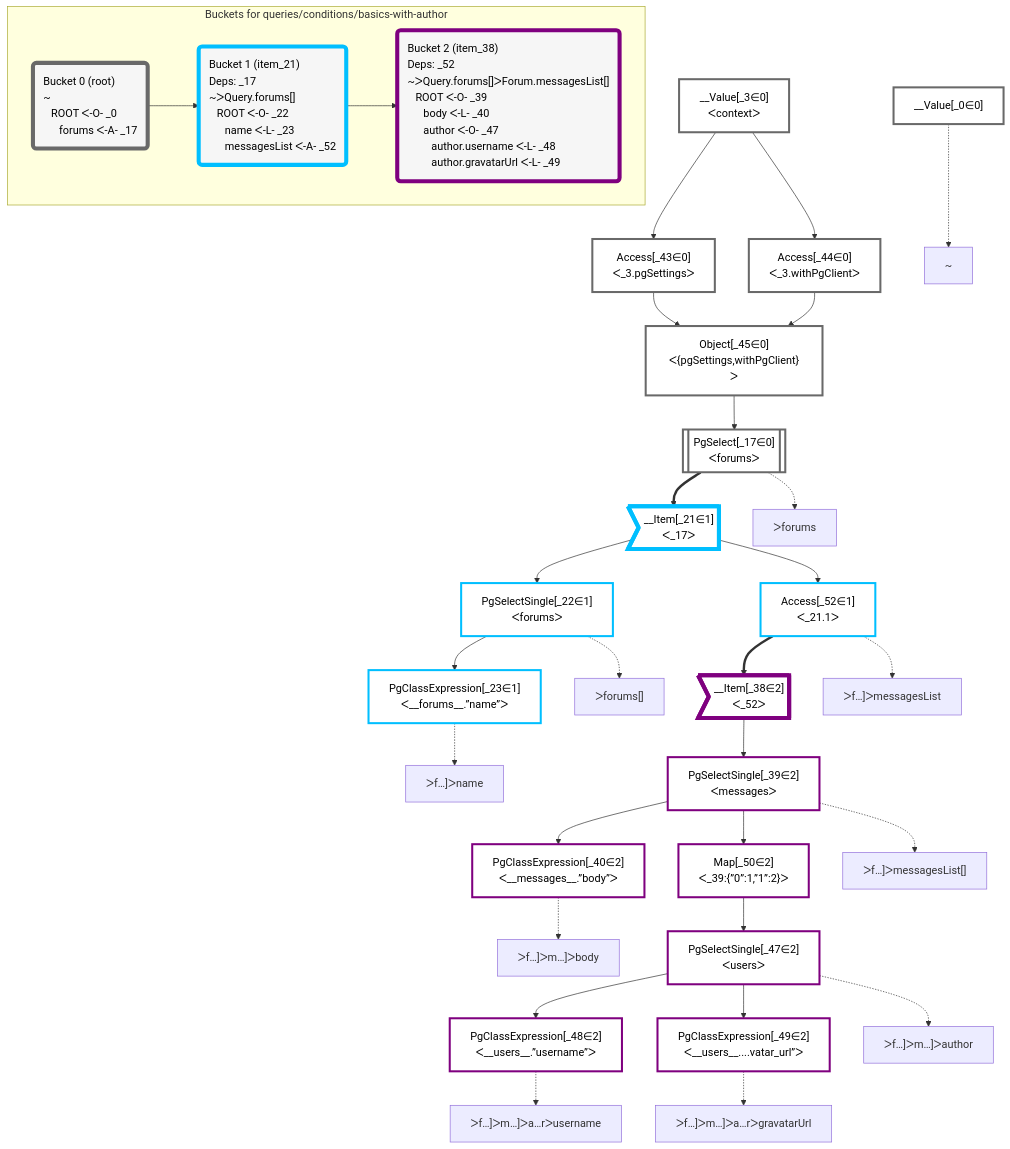
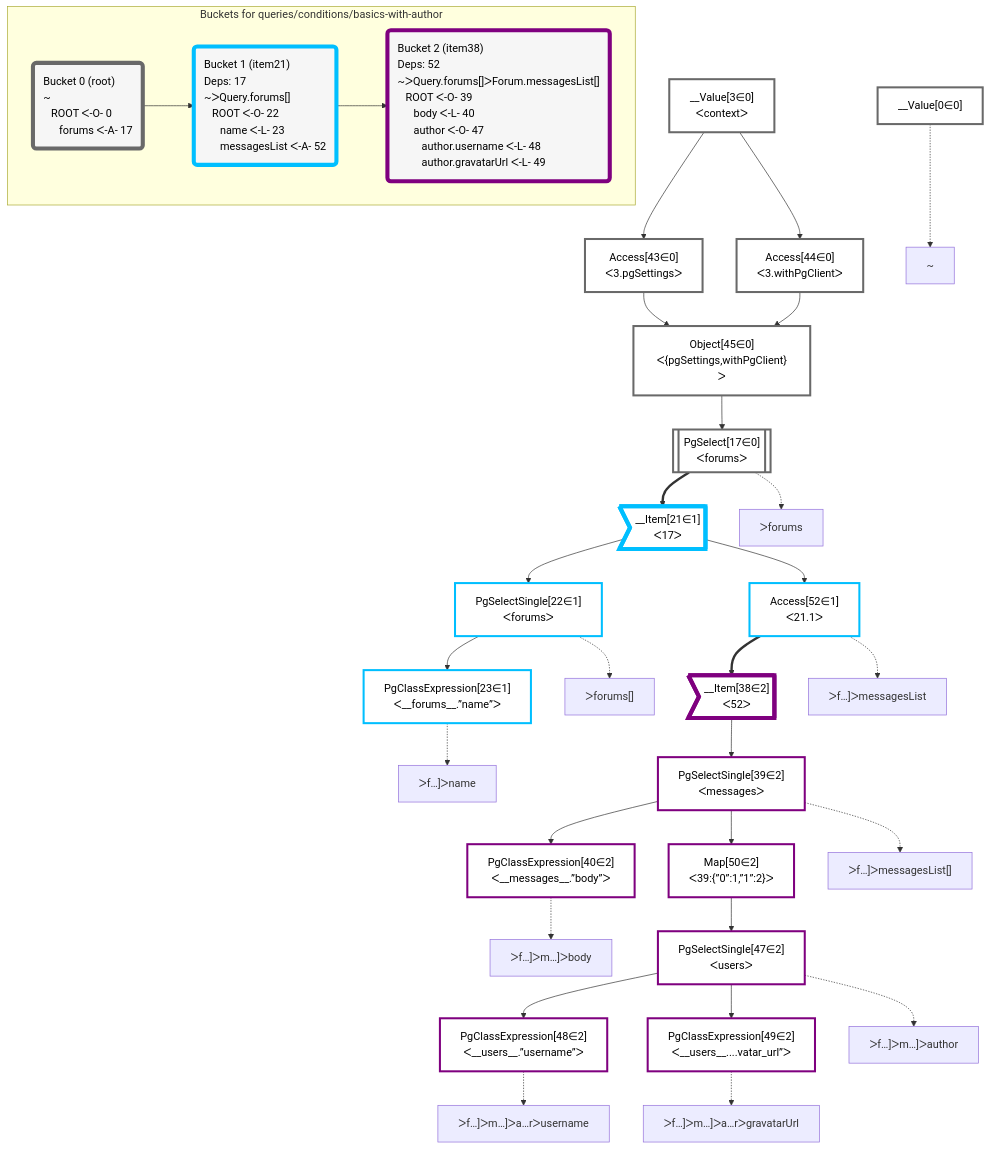
One commit to graphile/crystal changed the diagram in packages/dataplan-pg/__tests__/queries/conditions/basics-with-author.mermaid.md. Above: the diagram before and after it, drawn with Mermaid. The commit also changed 195 other files, not shown here.

````diff
--- a/packages/dataplan-pg/__tests__/queries/conditions/basics-with-author.mermaid.md
+++ b/packages/dataplan-pg/__tests__/queries/conditions/basics-with-author.mermaid.md
@@ -1,81 +1,81 @@
 ```mermaid
 graph TD
     classDef path fill:#eee,stroke:#000,color:#000
     classDef plan fill:#fff,stroke-width:3px,color:#000
     classDef itemplan fill:#fff,stroke-width:6px,color:#000
     classDef sideeffectplan fill:#f00,stroke-width:6px,color:#000
     classDef bucket fill:#f6f6f6,color:#000,stroke-width:6px,text-align:left
 
 
     %% define plans
-    __Value_0["__Value[_0∈0]"]:::plan
-    PgClassExpression_23["PgClassExpression[_23∈1]<br />ᐸ__forums__.”name”ᐳ"]:::plan
-    PgSelectSingle_22["PgSelectSingle[_22∈1]<br />ᐸforumsᐳ"]:::plan
-    PgClassExpression_40["PgClassExpression[_40∈2]<br />ᐸ__messages__.”body”ᐳ"]:::plan
-    PgClassExpression_48["PgClassExpression[_48∈2]<br />ᐸ__users__.”username”ᐳ"]:::plan
-    PgClassExpression_49["PgClassExpression[_49∈2]<br />ᐸ__users__....vatar_url”ᐳ"]:::plan
-    PgSelectSingle_47["PgSelectSingle[_47∈2]<br />ᐸusersᐳ"]:::plan
-    Map_50["Map[_50∈2]<br />ᐸ_39:{”0”:1,”1”:2}ᐳ"]:::plan
-    PgSelectSingle_39["PgSelectSingle[_39∈2]<br />ᐸmessagesᐳ"]:::plan
-    __Item_38>"__Item[_38∈2]<br />ᐸ_52ᐳ"]:::itemplan
-    Access_52["Access[_52∈1]<br />ᐸ_21.1ᐳ"]:::plan
-    __Item_21>"__Item[_21∈1]<br />ᐸ_17ᐳ"]:::itemplan
-    PgSelect_17[["PgSelect[_17∈0]<br />ᐸforumsᐳ"]]:::plan
-    Object_45["Object[_45∈0]<br />ᐸ{pgSettings,withPgClient}ᐳ"]:::plan
-    Access_43["Access[_43∈0]<br />ᐸ_3.pgSettingsᐳ"]:::plan
-    Access_44["Access[_44∈0]<br />ᐸ_3.withPgClientᐳ"]:::plan
-    __Value_3["__Value[_3∈0]<br />ᐸcontextᐳ"]:::plan
+    __Value0["__Value[0∈0]"]:::plan
+    PgClassExpression23["PgClassExpression[23∈1]<br />ᐸ__forums__.”name”ᐳ"]:::plan
+    PgSelectSingle22["PgSelectSingle[22∈1]<br />ᐸforumsᐳ"]:::plan
+    PgClassExpression40["PgClassExpression[40∈2]<br />ᐸ__messages__.”body”ᐳ"]:::plan
+    PgClassExpression48["PgClassExpression[48∈2]<br />ᐸ__users__.”username”ᐳ"]:::plan
+    PgClassExpression49["PgClassExpression[49∈2]<br />ᐸ__users__....vatar_url”ᐳ"]:::plan
+    PgSelectSingle47["PgSelectSingle[47∈2]<br />ᐸusersᐳ"]:::plan
+    Map50["Map[50∈2]<br />ᐸ39:{”0”:1,”1”:2}ᐳ"]:::plan
+    PgSelectSingle39["PgSelectSingle[39∈2]<br />ᐸmessagesᐳ"]:::plan
+    __Item38>"__Item[38∈2]<br />ᐸ52ᐳ"]:::itemplan
+    Access52["Access[52∈1]<br />ᐸ21.1ᐳ"]:::plan
+    __Item21>"__Item[21∈1]<br />ᐸ17ᐳ"]:::itemplan
+    PgSelect17[["PgSelect[17∈0]<br />ᐸforumsᐳ"]]:::plan
+    Object45["Object[45∈0]<br />ᐸ{pgSettings,withPgClient}ᐳ"]:::plan
+    Access43["Access[43∈0]<br />ᐸ3.pgSettingsᐳ"]:::plan
+    Access44["Access[44∈0]<br />ᐸ3.withPgClientᐳ"]:::plan
+    __Value3["__Value[3∈0]<br />ᐸcontextᐳ"]:::plan
 
     %% plan dependencies
-    PgSelectSingle_22 --> PgClassExpression_23
-    __Item_21 --> PgSelectSingle_22
-    PgSelectSingle_39 --> PgClassExpression_40
-    PgSelectSingle_47 --> PgClassExpression_48
-    PgSelectSingle_47 --> PgClassExpression_49
-    Map_50 --> PgSelectSingle_47
-    PgSelectSingle_39 --> Map_50
-    __Item_38 --> PgSelectSingle_39
-    Access_52 ==> __Item_38
-    __Item_21 --> Access_52
-    PgSelect_17 ==> __Item_21
-    Object_45 --> PgSelect_17
-    Access_43 & Access_44 --> Object_45
-    __Value_3 --> Access_43
-    __Value_3 --> Access_44
+    PgSelectSingle22 --> PgClassExpression23
+    __Item21 --> PgSelectSingle22
+    PgSelectSingle39 --> PgClassExpression40
+    PgSelectSingle47 --> PgClassExpression48
+    PgSelectSingle47 --> PgClassExpression49
+    Map50 --> PgSelectSingle47
+    PgSelectSingle39 --> Map50
+    __Item38 --> PgSelectSingle39
+    Access52 ==> __Item38
+    __Item21 --> Access52
+    PgSelect17 ==> __Item21
+    Object45 --> PgSelect17
+    Access43 & Access44 --> Object45
+    __Value3 --> Access43
+    __Value3 --> Access44
 
     %% plan-to-path relationships
-    P_0["~"]
-    __Value_0 -.-> P_0
-    P_17["ᐳforums"]
-    PgSelect_17 -.-> P_17
-    P_22["ᐳforums[]"]
-    PgSelectSingle_22 -.-> P_22
-    P_23["ᐳf…]ᐳname"]
-    PgClassExpression_23 -.-> P_23
-    P_39["ᐳf…]ᐳmessagesList[]"]
-    PgSelectSingle_39 -.-> P_39
-    P_40["ᐳf…]ᐳm…]ᐳbody"]
-    PgClassExpression_40 -.-> P_40
-    P_47["ᐳf…]ᐳm…]ᐳauthor"]
-    PgSelectSingle_47 -.-> P_47
-    P_48["ᐳf…]ᐳm…]ᐳa…rᐳusername"]
-    PgClassExpression_48 -.-> P_48
-    P_49["ᐳf…]ᐳm…]ᐳa…rᐳgravatarUrl"]
-    PgClassExpression_49 -.-> P_49
-    P_52["ᐳf…]ᐳmessagesList"]
-    Access_52 -.-> P_52
+    P0["~"]
+    __Value0 -.-> P0
+    P17["ᐳforums"]
+    PgSelect17 -.-> P17
+    P22["ᐳforums[]"]
+    PgSelectSingle22 -.-> P22
+    P23["ᐳf…]ᐳname"]
+    PgClassExpression23 -.-> P23
+    P39["ᐳf…]ᐳmessagesList[]"]
+    PgSelectSingle39 -.-> P39
+    P40["ᐳf…]ᐳm…]ᐳbody"]
+    PgClassExpression40 -.-> P40
+    P47["ᐳf…]ᐳm…]ᐳauthor"]
+    PgSelectSingle47 -.-> P47
+    P48["ᐳf…]ᐳm…]ᐳa…rᐳusername"]
+    PgClassExpression48 -.-> P48
+    P49["ᐳf…]ᐳm…]ᐳa…rᐳgravatarUrl"]
+    PgClassExpression49 -.-> P49
+    P52["ᐳf…]ᐳmessagesList"]
+    Access52 -.-> P52
 
     subgraph "Buckets for queries/conditions/basics-with-author"
-    Bucket0("Bucket 0 (root)<br />~<br />⠀ROOT ᐸ-O- _0<br />⠀⠀forums ᐸ-A- _17"):::bucket
+    Bucket0("Bucket 0 (root)<br />~<br />⠀ROOT ᐸ-O- 0<br />⠀⠀forums ᐸ-A- 17"):::bucket
     classDef bucket0 stroke:#696969
-    class Bucket0,__Value_0,__Value_3,PgSelect_17,Access_43,Access_44,Object_45 bucket0
-    Bucket1("Bucket 1 (item_21)<br />Deps: _17<br />~ᐳQuery.forums[]<br />⠀ROOT ᐸ-O- _22<br />⠀⠀name ᐸ-L- _23<br />⠀⠀messagesList ᐸ-A- _52"):::bucket
+    class Bucket0,__Value0,__Value3,PgSelect17,Access43,Access44,Object45 bucket0
+    Bucket1("Bucket 1 (item21)<br />Deps: 17<br />~ᐳQuery.forums[]<br />⠀ROOT ᐸ-O- 22<br />⠀⠀name ᐸ-L- 23<br />⠀⠀messagesList ᐸ-A- 52"):::bucket
     classDef bucket1 stroke:#00bfff
-    class Bucket1,__Item_21,PgSelectSingle_22,PgClassExpression_23,Access_52 bucket1
-    Bucket2("Bucket 2 (item_38)<br />Deps: _52<br />~ᐳQuery.forums[]ᐳForum.messagesList[]<br />⠀ROOT ᐸ-O- _39<br />⠀⠀body ᐸ-L- _40<br />⠀⠀author ᐸ-O- _47<br />⠀⠀⠀author.username ᐸ-L- _48<br />⠀⠀⠀author.gravatarUrl ᐸ-L- _49"):::bucket
+    class Bucket1,__Item21,PgSelectSingle22,PgClassExpression23,Access52 bucket1
+    Bucket2("Bucket 2 (item38)<br />Deps: 52<br />~ᐳQuery.forums[]ᐳForum.messagesList[]<br />⠀ROOT ᐸ-O- 39<br />⠀⠀body ᐸ-L- 40<br />⠀⠀author ᐸ-O- 47<br />⠀⠀⠀author.username ᐸ-L- 48<br />⠀⠀⠀author.gravatarUrl ᐸ-L- 49"):::bucket
     classDef bucket2 stroke:#7f007f
-    class Bucket2,__Item_38,PgSelectSingle_39,PgClassExpression_40,PgSelectSingle_47,PgClassExpression_48,PgClassExpression_49,Map_50 bucket2
+    class Bucket2,__Item38,PgSelectSingle39,PgClassExpression40,PgSelectSingle47,PgClassExpression48,PgClassExpression49,Map50 bucket2
     Bucket0 --> Bucket1
     Bucket1 --> Bucket2
     end
 ```
````
